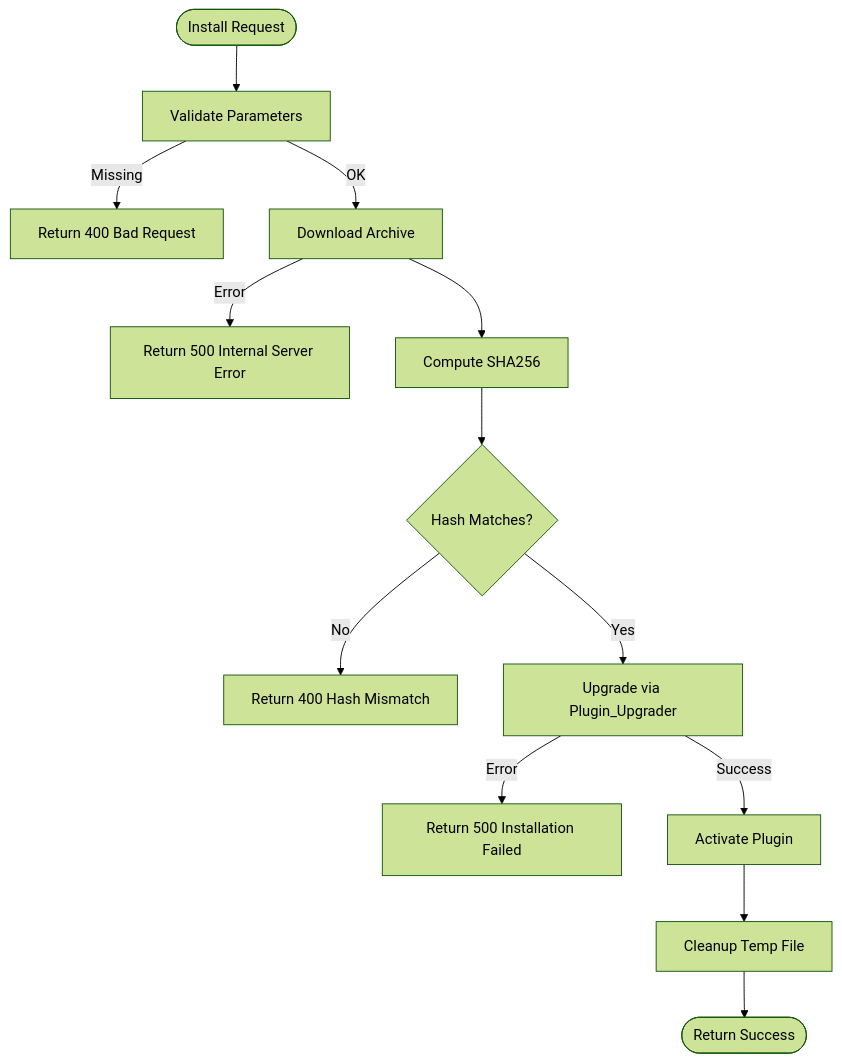
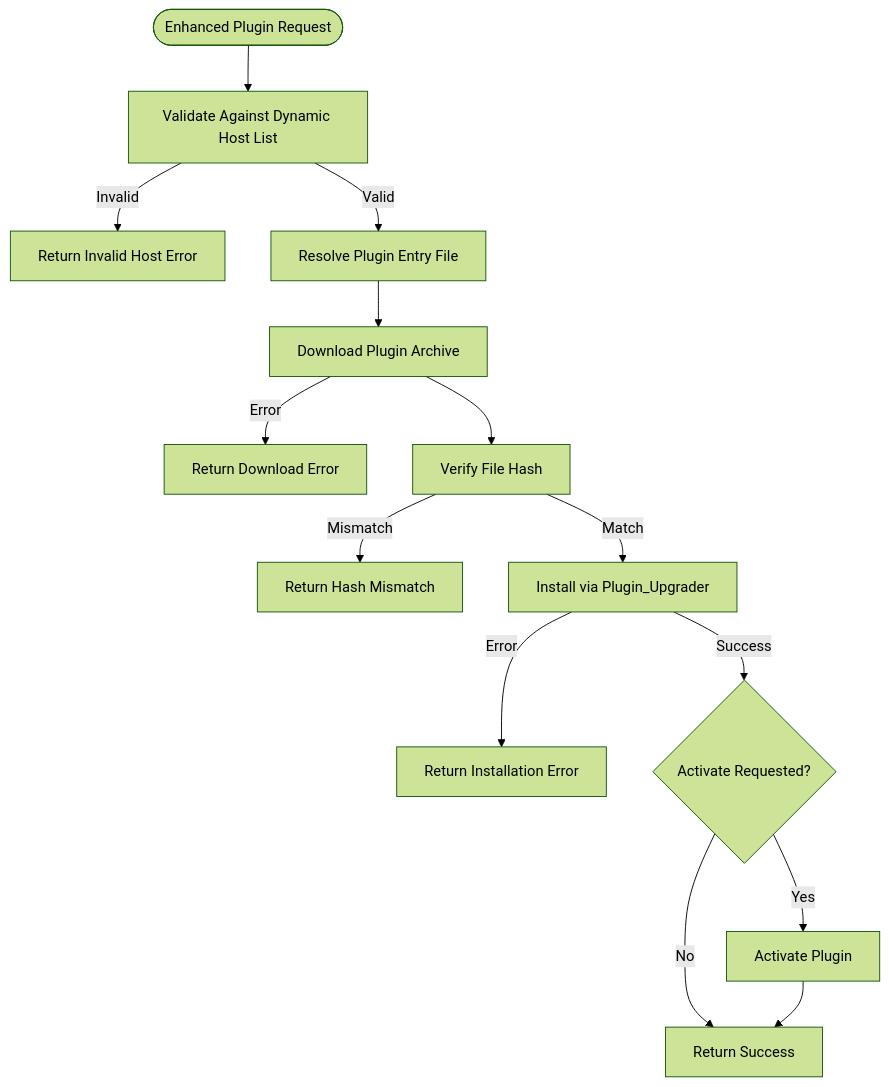
One commit to FCS-WP/website_portal changed the fourth of 7 diagrams in .qoder/repowiki/en/content/WordPress Agent Integration/Plugin Management System.md. Above: the diagram before and after it, drawn with Mermaid (forest theme). The commit also changed other lines of this file and 30 other files, not shown here.

````diff
--- a/.qoder/repowiki/en/content/WordPress Agent Integration/Plugin Management System.md
+++ b/.qoder/repowiki/en/content/WordPress Agent Integration/Plugin Management System.md
@@ -226,15 +284,16 @@
 ```mermaid
 flowchart TD
-Start(["Install Request"]) --> Validate["Validate Parameters"]
-Validate --> |Missing| ErrorParams["Return 400 Bad Request"]
-Validate --> |OK| Download["Download Archive"]
-Download --> |Error| ErrorDownload["Return 500 Internal Server Error"]
-Download --> Hash["Compute SHA256"]
-Hash --> Compare{"Hash Matches?"}
-Compare --> |No| ErrorHash["Return 400 Hash Mismatch"]
-Compare --> |Yes| Upgrade["Upgrade via Plugin_Upgrader"]
-Upgrade --> |Error| ErrorUpgrade["Return 500 Installation Failed"]
-Upgrade --> |Success| Activate["Activate Plugin"]
-Activate --> Cleanup["Cleanup Temp File"]
-Cleanup --> Success(["Return Success"])
+Start(["Enhanced Plugin Request"]) --> ValidateSource["Validate Against Dynamic Host List"]
+ValidateSource --> |Invalid| ErrorSource["Return Invalid Host Error"]
+ValidateSource --> |Valid| ResolveEntry["Resolve Plugin Entry File"]
+ResolveEntry --> Download["Download Plugin Archive"]
+Download --> |Error| ErrorDownload["Return Download Error"]
+Download --> HashVerify["Verify File Hash"]
+HashVerify --> |Mismatch| ErrorHash["Return Hash Mismatch"]
+HashVerify --> |Match| Install["Install via Plugin_Upgrader"]
+Install --> |Error| ErrorInstall["Return Installation Error"]
+Install --> |Success| Activate{"Activate Requested?"}
+Activate --> |Yes| DoActivate["Activate Plugin"]
+Activate --> |No| Success["Return Success"]
+DoActivate --> Success
 ```
````
